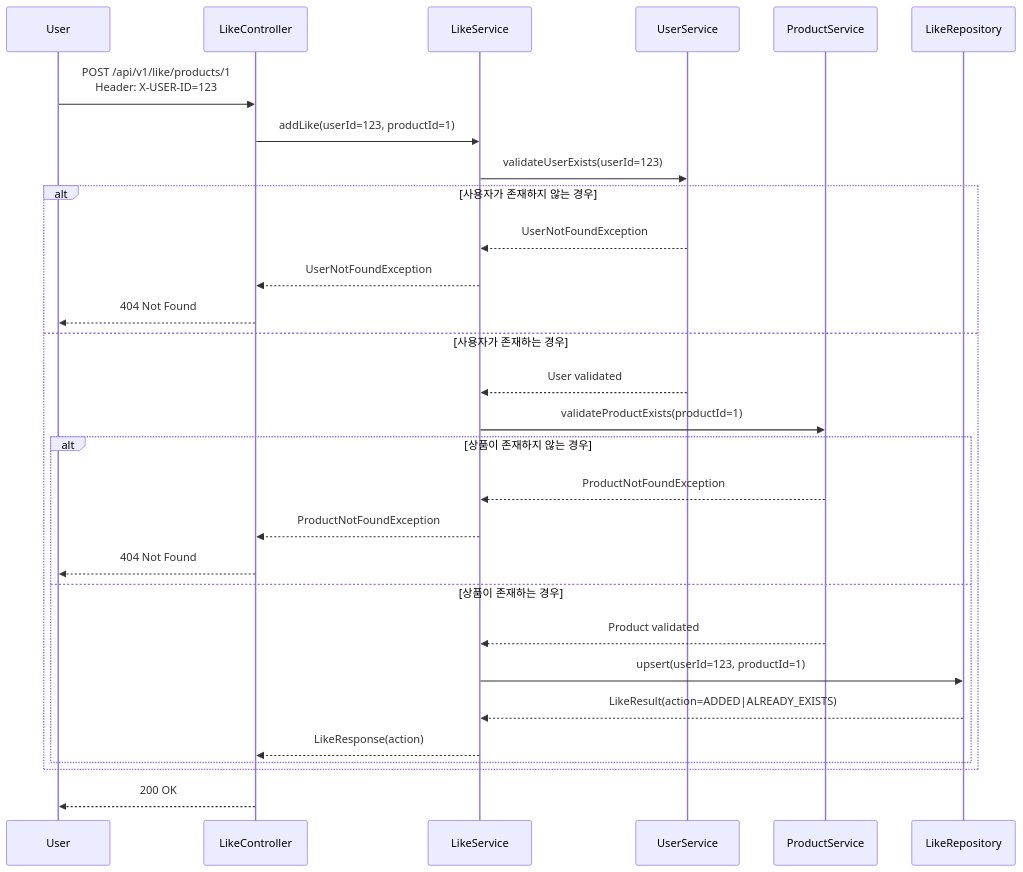
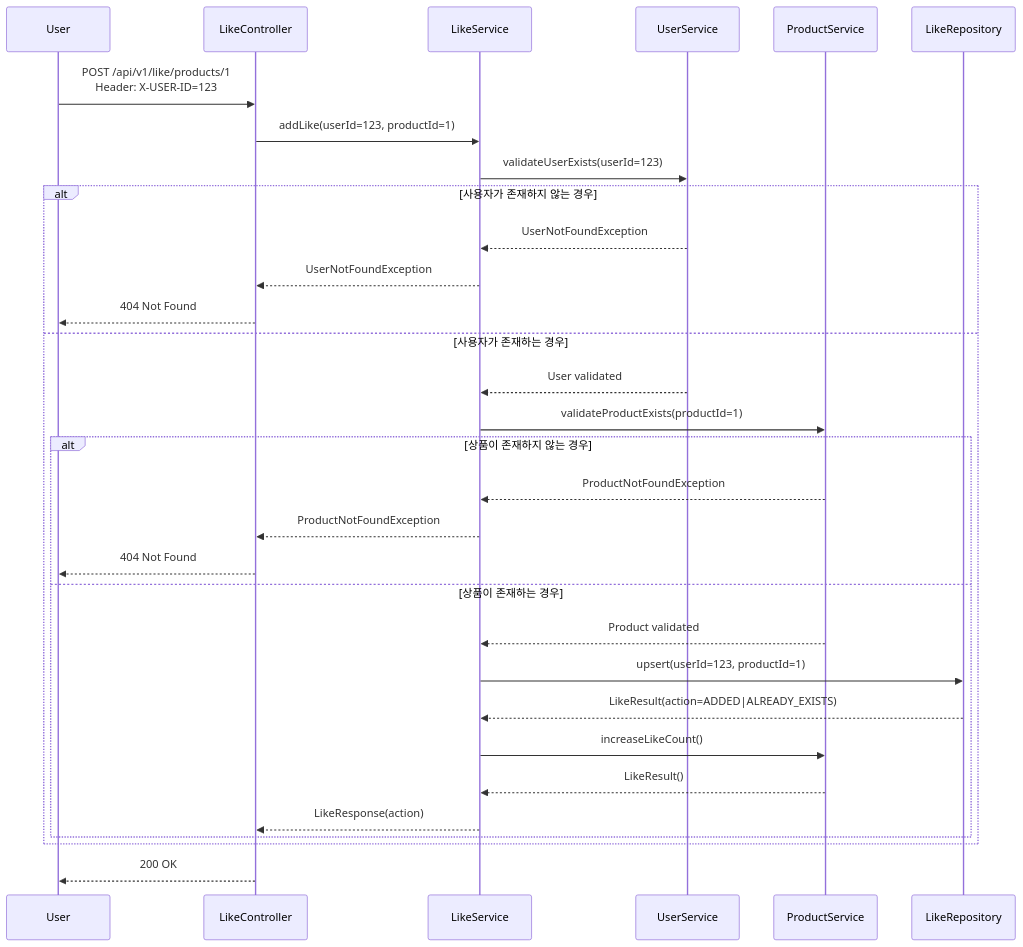
Before and after one commit to hyujikoh/loopers-spring-java-template: the fifth of 10 diagrams in docs/week2/02-sequence-diagrams.md, drawn with Mermaid. The commit also changed other lines of this file and 1 other file, not shown here.

Commit message:
docs(sequence-diagram): 좋아요 수 증가 및 감소 로직 추가

````diff
--- a/docs/week2/02-sequence-diagrams.md
+++ b/docs/week2/02-sequence-diagrams.md
@@ -115,34 +115,36 @@
 ```mermaid
 sequenceDiagram
     participant User
     participant LikeController
     participant LikeService
     participant UserService
     participant ProductService
     participant LikeRepository
 
     User->>LikeController: POST /api/v1/like/products/1<br/>Header: X-USER-ID=123
     LikeController->>LikeService: addLike(userId=123, productId=1)
     
     LikeService->>UserService: validateUserExists(userId=123)
     alt 사용자가 존재하지 않는 경우
         UserService-->>LikeService: UserNotFoundException
         LikeService-->>LikeController: UserNotFoundException
         LikeController-->>User: 404 Not Found
     else 사용자가 존재하는 경우
         UserService-->>LikeService: User validated
         LikeService->>ProductService: validateProductExists(productId=1)
         alt 상품이 존재하지 않는 경우
             ProductService-->>LikeService: ProductNotFoundException
             LikeService-->>LikeController: ProductNotFoundException
             LikeController-->>User: 404 Not Found
         else 상품이 존재하는 경우
             ProductService-->>LikeService: Product validated
             LikeService->>LikeRepository: upsert(userId=123, productId=1)
             LikeRepository-->>LikeService: LikeResult(action=ADDED|ALREADY_EXISTS)
+            LikeService->>ProductService: increaseLikeCount()
+            ProductService-->>LikeService: LikeResult()
             LikeService-->>LikeController: LikeResponse(action)
         end
     end
     
     LikeController-->>User: 200 OK
 ```
````
